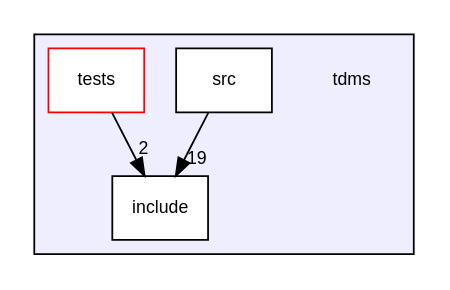
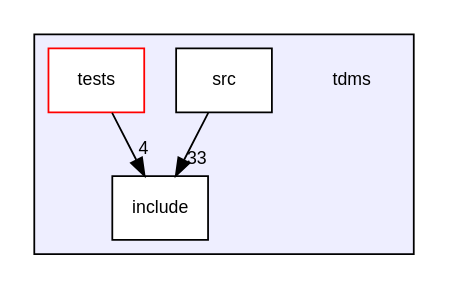
One commit to UCL/TDMS changed the diagram in dir_dfaedd75726dc0f14b5d7f96fe9da9ad_dep.dot. Above: the diagram before and after it, drawn with Graphviz. The commit also changed 123 other files, not shown here.

```diff
--- a/dir_dfaedd75726dc0f14b5d7f96fe9da9ad_dep.dot
+++ b/dir_dfaedd75726dc0f14b5d7f96fe9da9ad_dep.dot
@@ -1,14 +1,14 @@
 digraph "tdms" {
   compound=true
   node [ fontsize="10", fontname="Helvetica"];
   edge [ labelfontsize="10", labelfontname="Helvetica"];
   subgraph clusterdir_dfaedd75726dc0f14b5d7f96fe9da9ad {
     graph [ bgcolor="#eeeeff", pencolor="black", label="" URL="dir_dfaedd75726dc0f14b5d7f96fe9da9ad.html"];
     dir_dfaedd75726dc0f14b5d7f96fe9da9ad [shape=plaintext label="tdms"];
     dir_31151eb6fe72a8c6f09675be35b4e99c [shape=box label="include" color="black" fillcolor="white" style="filled" URL="dir_31151eb6fe72a8c6f09675be35b4e99c.html"];
     dir_31743c9f8cb9d8e1833bb08943f9ef81 [shape=box label="src" color="black" fillcolor="white" style="filled" URL="dir_31743c9f8cb9d8e1833bb08943f9ef81.html"];
     dir_99e68cfdfe0514ef618d04f980ae72d7 [shape=box label="tests" color="red" fillcolor="white" style="filled" URL="dir_99e68cfdfe0514ef618d04f980ae72d7.html"];
   }
-  dir_31743c9f8cb9d8e1833bb08943f9ef81->dir_31151eb6fe72a8c6f09675be35b4e99c [headlabel="19", labeldistance=1.5 headhref="dir_000003_000002.html"];
-  dir_99e68cfdfe0514ef618d04f980ae72d7->dir_31151eb6fe72a8c6f09675be35b4e99c [headlabel="2", labeldistance=1.5 headhref="dir_000004_000002.html"];
+  dir_31743c9f8cb9d8e1833bb08943f9ef81->dir_31151eb6fe72a8c6f09675be35b4e99c [headlabel="33", labeldistance=1.5 headhref="dir_000003_000002.html"];
+  dir_99e68cfdfe0514ef618d04f980ae72d7->dir_31151eb6fe72a8c6f09675be35b4e99c [headlabel="4", labeldistance=1.5 headhref="dir_000004_000002.html"];
 }
```
